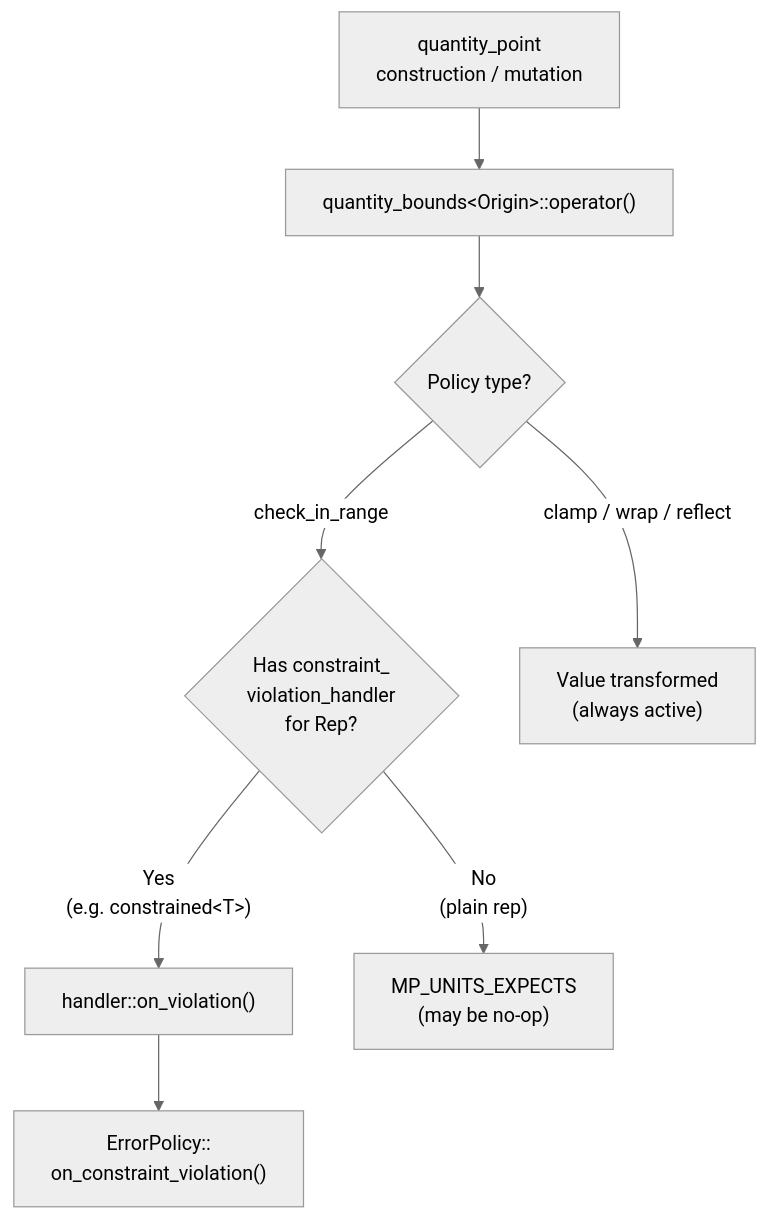
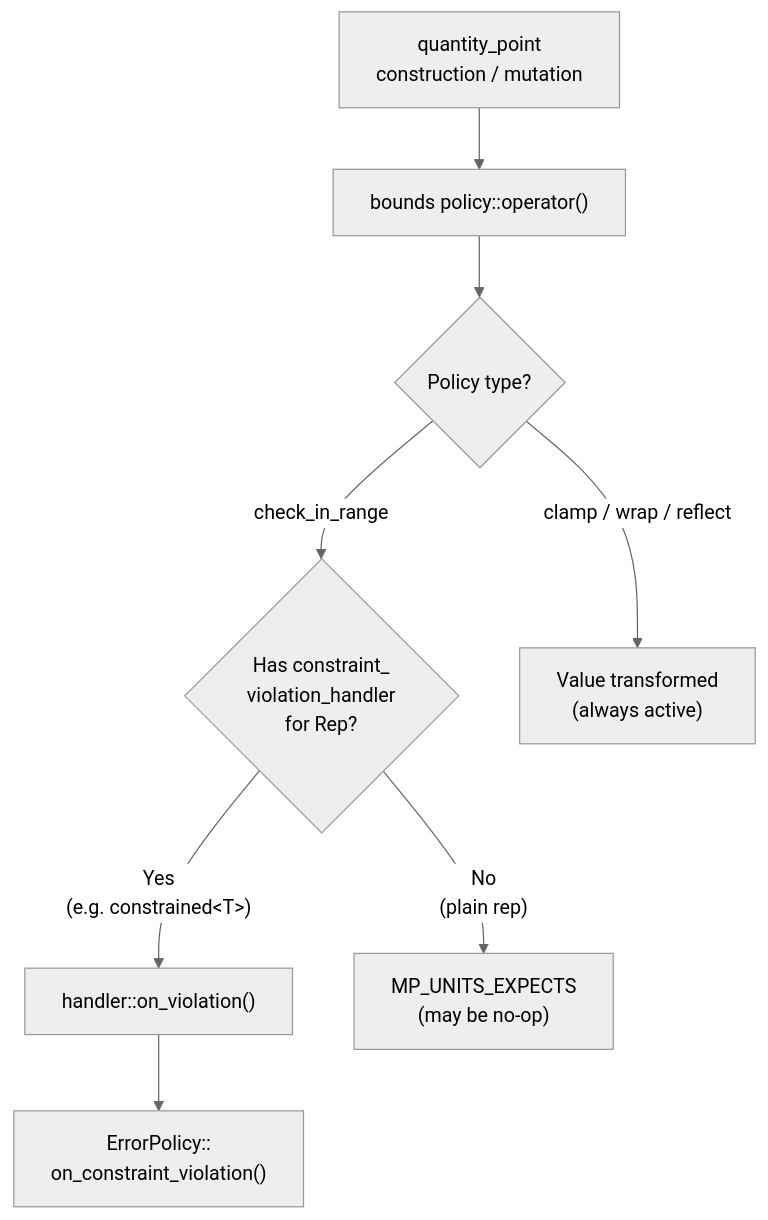
Before and after one commit to RalphSteinhagen/units: the diagram in docs/how_to_guides/advanced_usage/ultimate_safety.md, drawn with Mermaid (neutral theme). The commit also changed other lines of this file and 19 other files, not shown here.

Commit message:
refactor: quantity point bounds are now specified directly in origin - `quantity_bounds_for` customization point removed

````diff
--- a/docs/how_to_guides/advanced_usage/ultimate_safety.md
+++ b/docs/how_to_guides/advanced_usage/ultimate_safety.md
@@ -131,10 +130,10 @@
 ```mermaid
 flowchart TB
-    A["quantity_point<br>construction / mutation"] --> B["quantity_bounds&lt;Origin&gt;::operator()"]
+    A["quantity_point<br>construction / mutation"] --> B["bounds policy::operator()"]
     B --> D{"Policy type?"}
     D -- "check_in_range" --> E{"Has constraint_<br>violation_handler<br>for Rep?"}
     E -- "Yes<br>(e.g. constrained&lt;T&gt;)" --> F["handler::on_violation()"]
     E -- "No<br>(plain rep)" --> G["MP_UNITS_EXPECTS<br>(may be no-op)"]
     F --> H["ErrorPolicy::<br>on_constraint_violation()"]
     D -- "clamp / wrap / reflect" --> I["Value transformed<br>(always active)"]
 ```
````
